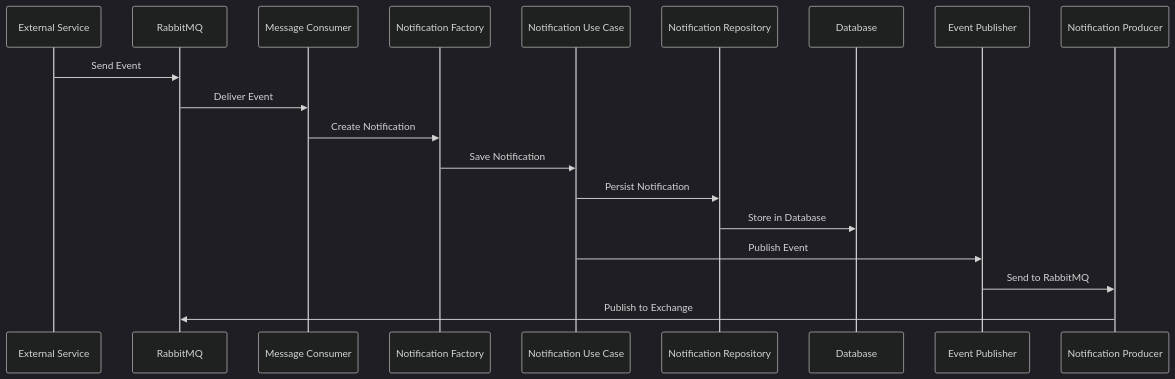
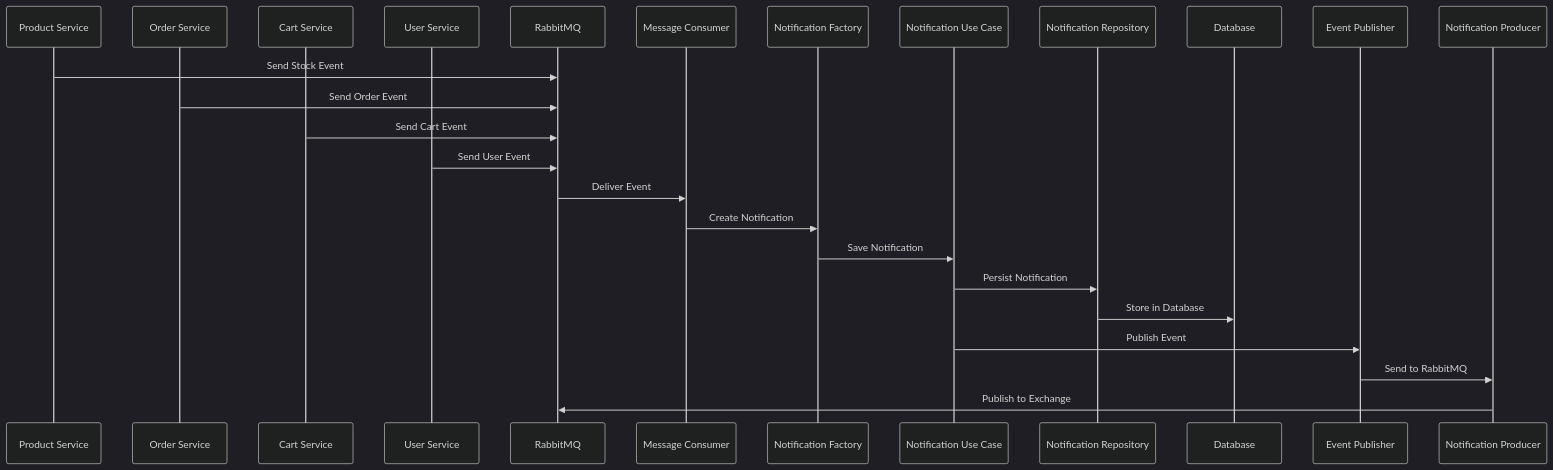
The diagram in docs/message-flow.mmd (GFTCOMS/WRK25COMMUNICATION), drawn with Mermaid (dark theme) before and after one commit. The commit also changed 8 other files, not shown here.

```diff
--- a/docs/message-flow.mmd
+++ b/docs/message-flow.mmd
@@ -1,20 +1,26 @@
 sequenceDiagram
-    participant ExternalService as External Service
+    participant ProductService as Product Service
+    participant OrderService as Order Service
+    participant CartService as Cart Service
+    participant UserService as User Service
     participant RabbitMQ as RabbitMQ
     participant Consumer as Message Consumer
     participant Factory as Notification Factory
     participant UseCase as Notification Use Case
     participant Repository as Notification Repository
     participant DB as Database
     participant Publisher as Event Publisher
     participant Producer as Notification Producer
 
-    ExternalService->>RabbitMQ: Send Event
+    ProductService->>RabbitMQ: Send Stock Event
+    OrderService->>RabbitMQ: Send Order Event
+    CartService->>RabbitMQ: Send Cart Event
+    UserService->>RabbitMQ: Send User Event
     RabbitMQ->>Consumer: Deliver Event
     Consumer->>Factory: Create Notification
     Factory->>UseCase: Save Notification
     UseCase->>Repository: Persist Notification
     Repository->>DB: Store in Database
     UseCase->>Publisher: Publish Event
     Publisher->>Producer: Send to RabbitMQ
     Producer->>RabbitMQ: Publish to Exchange
```
